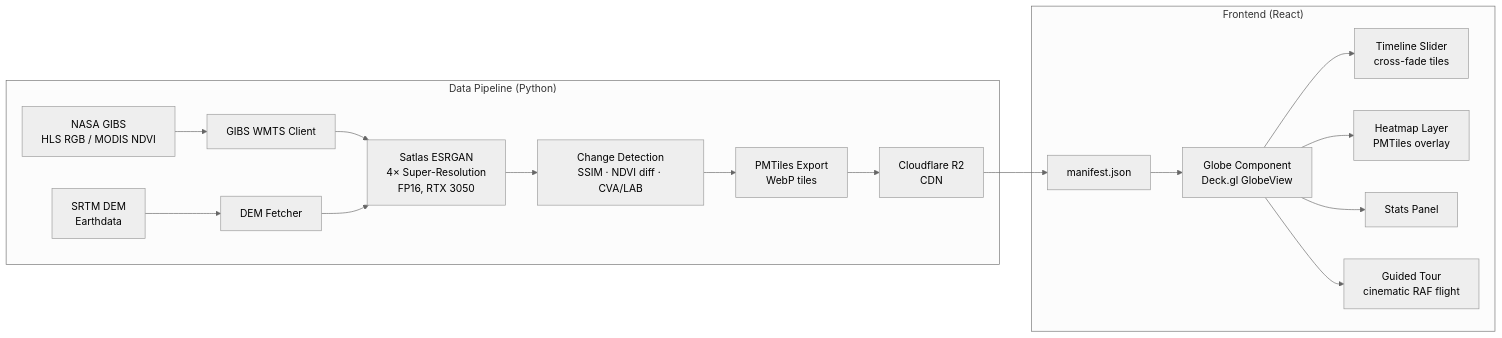
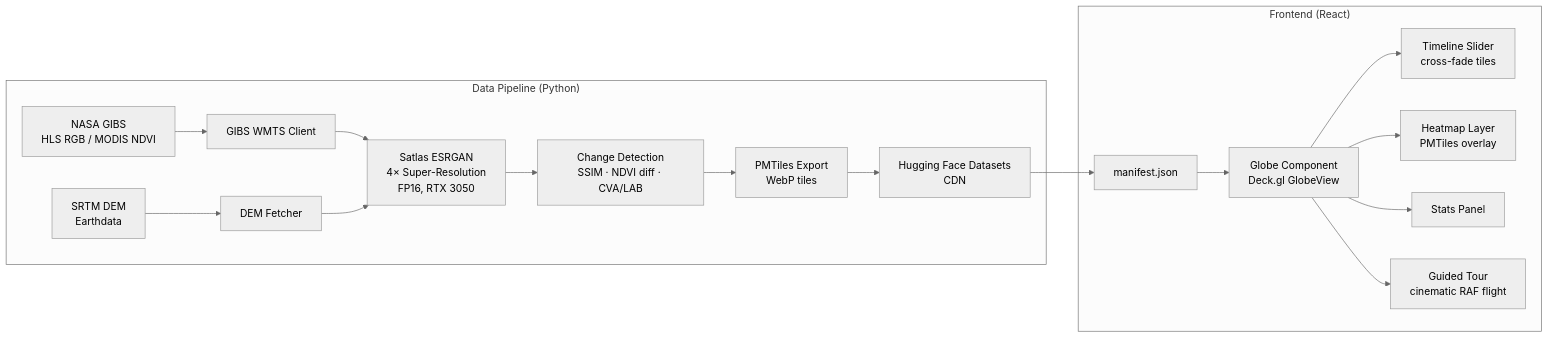
Before and after one commit to Piotr1686/TerraLens: the diagram in README.md, drawn with Mermaid (neutral theme). The commit also changed other lines of this file and 2 other files, not shown here.

First line of the commit message:
docs(T9.3): portfolio polish — README HF CDN update + record_demo.md guide

````diff
--- a/README.md
+++ b/README.md
@@ -35,21 +37,21 @@
 ```mermaid
 graph LR
     subgraph "Data Pipeline (Python)"
         A[NASA GIBS\nHLS RGB / MODIS NDVI] --> B[GIBS WMTS Client]
         C[SRTM DEM\nEarthdata] --> D[DEM Fetcher]
         B --> E[Satlas ESRGAN\n4× Super-Resolution\nFP16, RTX 3050]
         D --> E
         E --> F[Change Detection\nSSIM · NDVI diff · CVA/LAB]
         F --> G[PMTiles Export\nWebP tiles]
-        G --> H[Cloudflare R2\nCDN]
+        G --> H[Hugging Face Datasets\nCDN]
     end
 
     subgraph "Frontend (React)"
         H --> I[manifest.json]
         I --> J[Globe Component\nDeck.gl GlobeView]
         J --> K[Timeline Slider\ncross-fade tiles]
         J --> L[Heatmap Layer\nPMTiles overlay]
         J --> M[Stats Panel]
         J --> N[Guided Tour\ncinematic RAF flight]
     end
 ```
````
